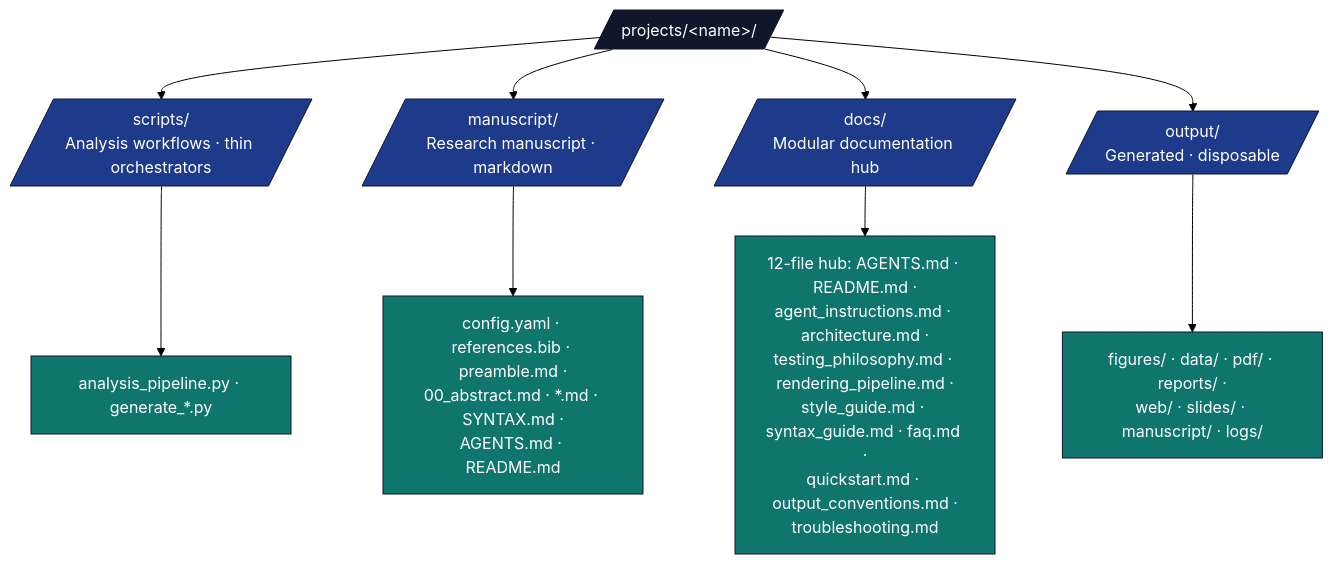
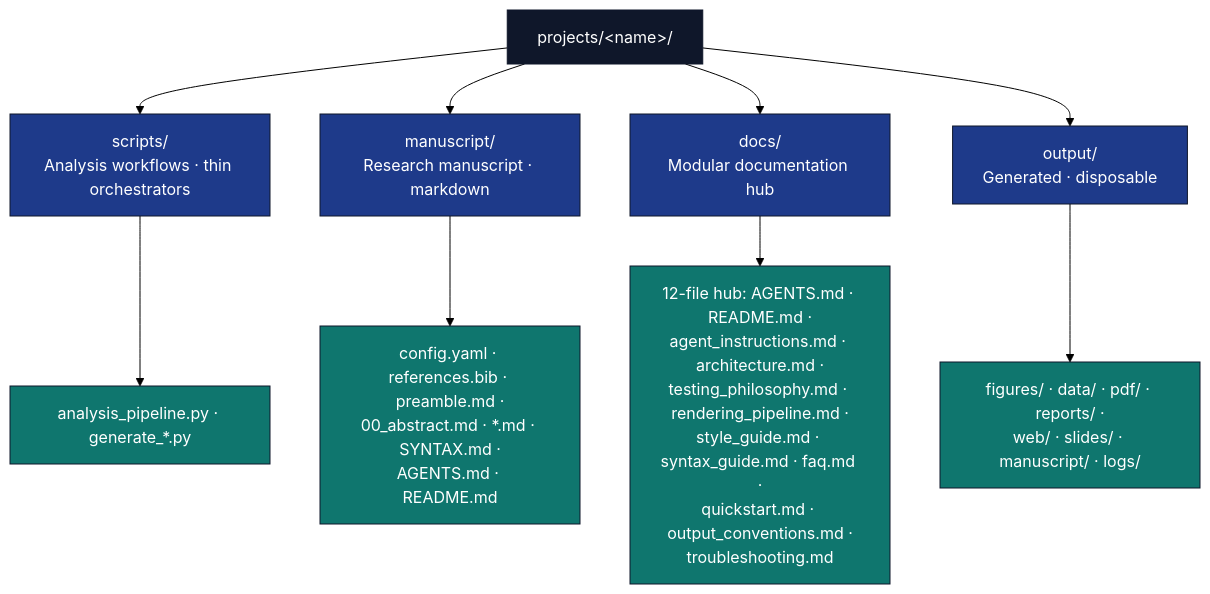
Before and after one commit to docxology/template: the third of 7 diagrams in projects/AGENTS.md, drawn with Mermaid (forest theme). The commit also changed other lines of this file and 94 other files, not shown here.

````diff
--- a/projects/AGENTS.md
+++ b/projects/AGENTS.md
@@ -180,20 +180,20 @@
 ```mermaid
 flowchart TB
-    P[/projects/&lt;name&gt;//]
-    P --> SC[/scripts/<br/>Analysis workflows · thin orchestrators/]
-    P --> M[/manuscript/<br/>Research manuscript · markdown/]
-    P --> DOCS[/docs/<br/>Modular documentation hub/]
-    P --> OUT[/output/<br/>Generated · disposable/]
+    P[projects/&lt;name&gt;/]
+    P --> SC[scripts/<br/>Analysis workflows · thin orchestrators]
+    P --> M[manuscript/<br/>Research manuscript · markdown]
+    P --> DOCS[docs/<br/>Modular documentation hub]
+    P --> OUT[output/<br/>Generated · disposable]
 
     SC --> SC_F[analysis_pipeline.py · generate_*.py]
     M --> M_F[config.yaml · references.bib · preamble.md ·<br/>00_abstract.md · *.md · SYNTAX.md ·<br/>AGENTS.md · README.md]
     DOCS --> DOCS_F[12-file hub: AGENTS.md · README.md ·<br/>agent_instructions.md · architecture.md ·<br/>testing_philosophy.md · rendering_pipeline.md ·<br/>style_guide.md · syntax_guide.md · faq.md ·<br/>quickstart.md · output_conventions.md ·<br/>troubleshooting.md]
     OUT --> OUT_F[figures/ · data/ · pdf/ · reports/ ·<br/>web/ · slides/ · manuscript/ · logs/]
 
     classDef d fill:#0f172a,stroke:#0f172a,color:#fff
     classDef pkg fill:#1e3a8a,stroke:#0f172a,color:#fff
     classDef f fill:#0f766e,stroke:#0f172a,color:#fff
     class P d
     class SC,M,DOCS,OUT pkg
     class SC_F,M_F,DOCS_F,OUT_F f
 ```
````
